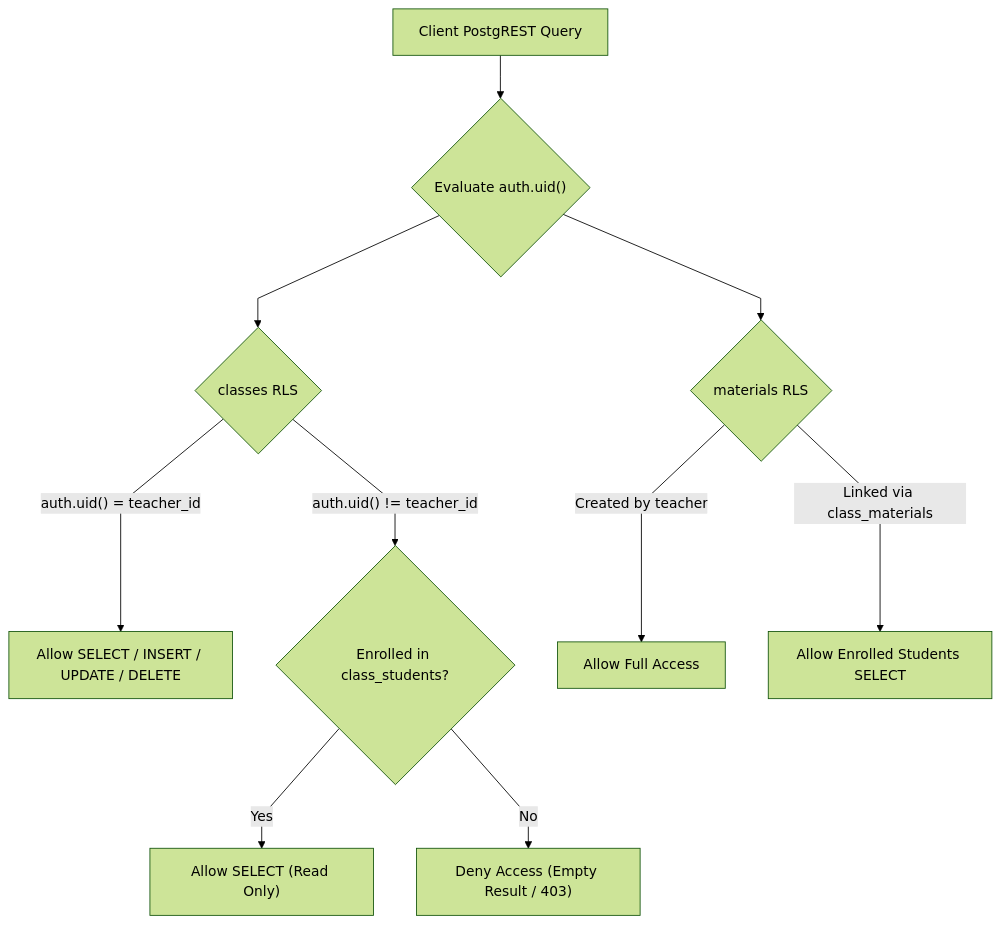
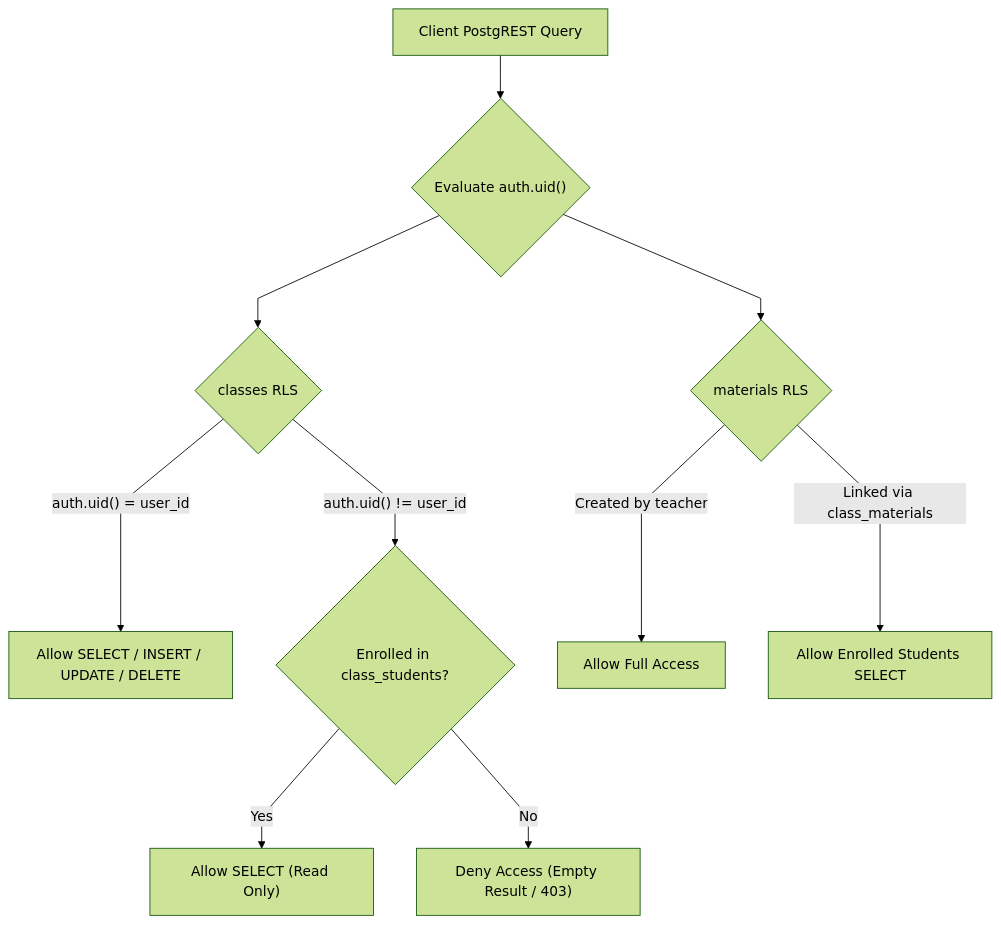
One commit to VictorBravo9er/Teacher-Assistant-Workspace changed the second of 2 diagrams in supabase/schemas/code.md. Above: the diagram before and after it, drawn with Mermaid (forest theme). The commit also changed other lines of this file and 43 other files, not shown here.

````diff
--- a/supabase/schemas/code.md
+++ b/supabase/schemas/code.md
@@ -71,15 +71,15 @@
 ```mermaid
 %%{init: {'flowchart': {'curve': 'linear'}}}%%
 flowchart TD
     Client["Client PostgREST Query"] --> AuthEngine{"Evaluate auth.uid()"}
     
     AuthEngine --> ClassesPolicy{"classes RLS"}
-    ClassesPolicy -- "auth.uid() = teacher_id" --> PermitOwner["Allow SELECT / INSERT / UPDATE / DELETE"]
-    ClassesPolicy -- "auth.uid() != teacher_id" --> CheckStudent{"Enrolled in class_students?"}
+    ClassesPolicy -- "auth.uid() = user_id" --> PermitOwner["Allow SELECT / INSERT / UPDATE / DELETE"]
+    ClassesPolicy -- "auth.uid() != user_id" --> CheckStudent{"Enrolled in class_students?"}
     CheckStudent -- Yes --> PermitReadOnly["Allow SELECT (Read Only)"]
     CheckStudent -- No --> Deny["Deny Access (Empty Result / 403)"]
 
     AuthEngine --> MaterialsPolicy{"materials RLS"}
     MaterialsPolicy -- "Created by teacher" --> AllowTeacher["Allow Full Access"]
     MaterialsPolicy -- "Linked via class_materials" --> AllowEnrolled["Allow Enrolled Students SELECT"]
 ```
````
